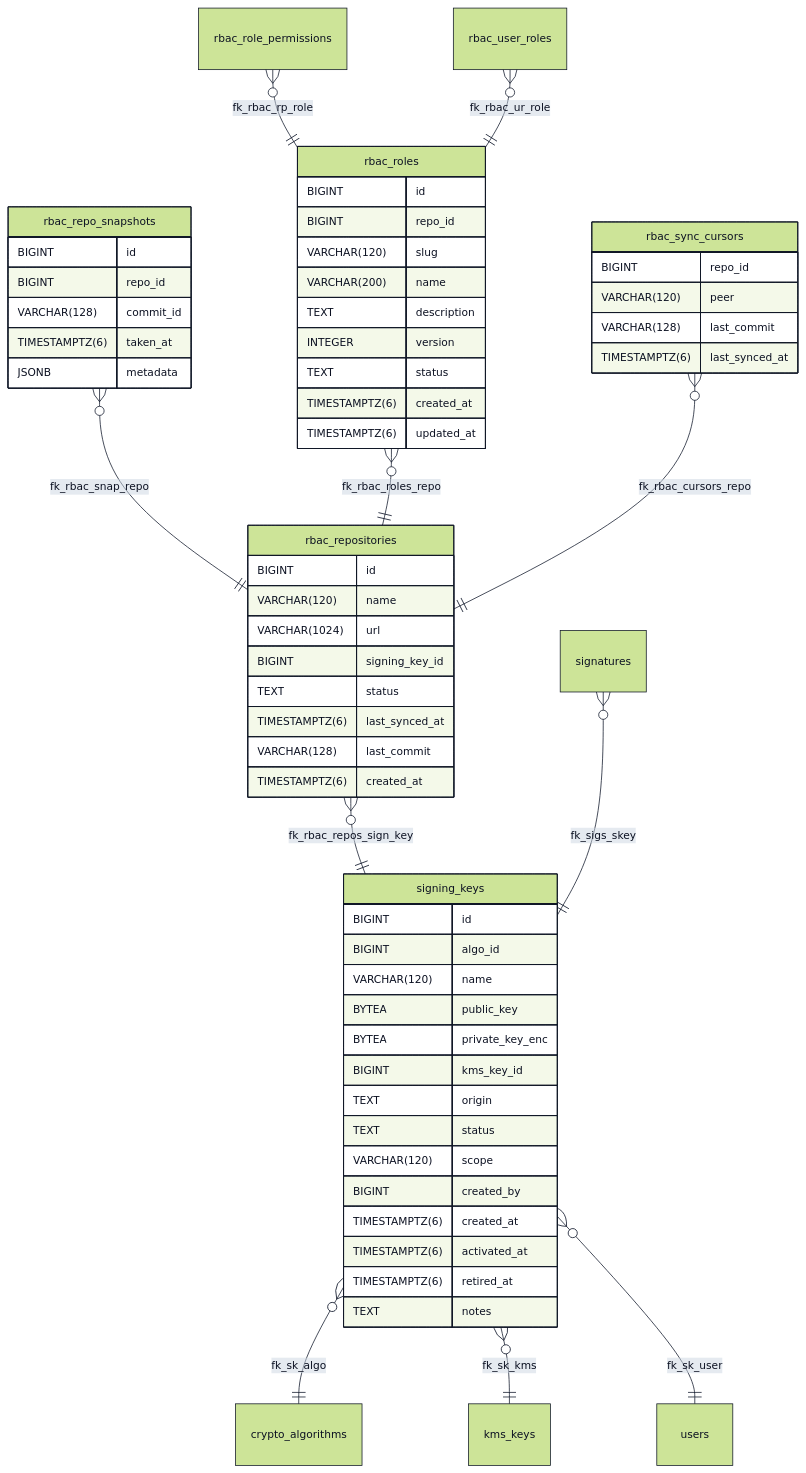
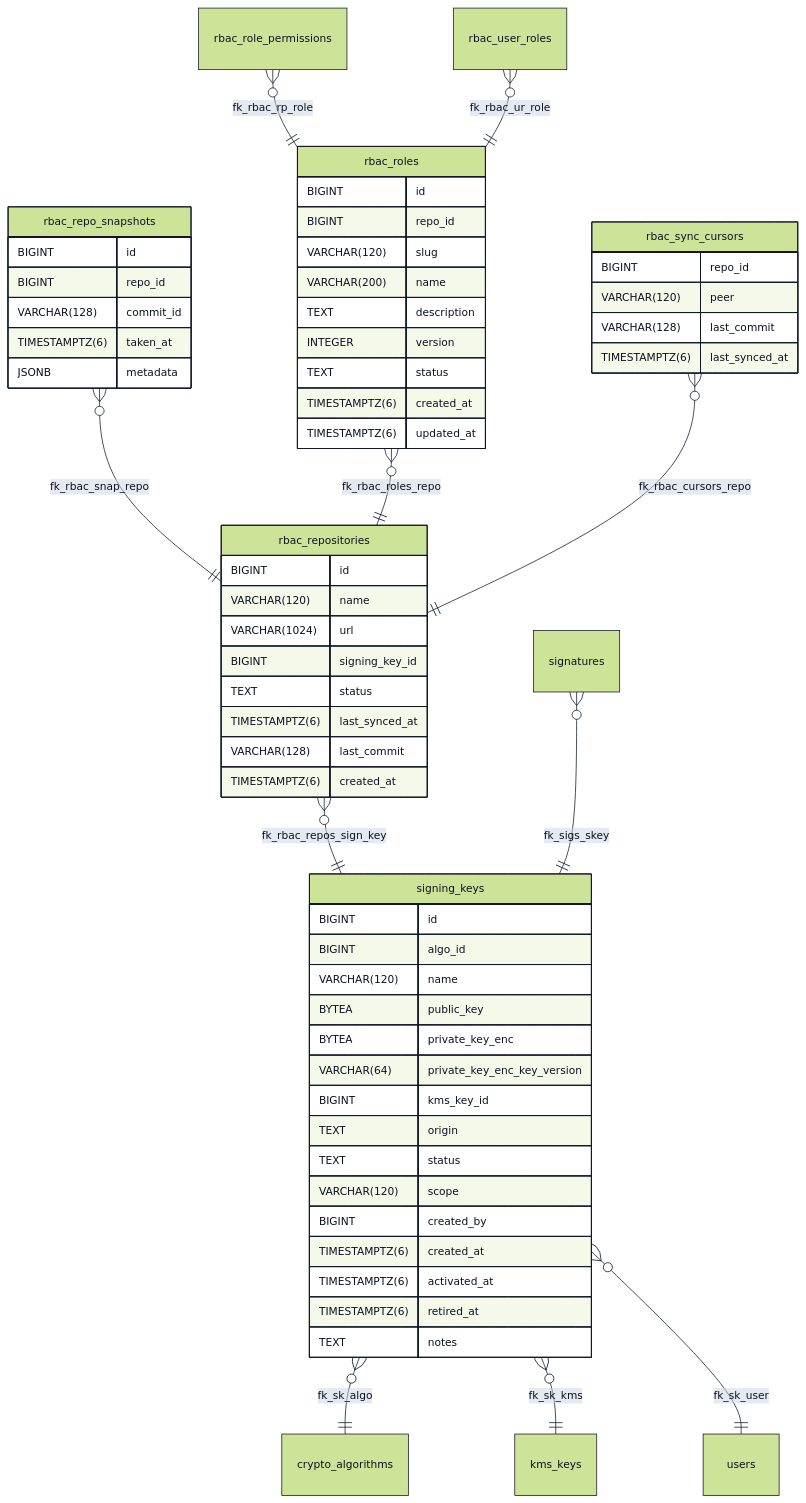
One commit to blackcatacademy/blackcat-database changed the diagram in docs/erd-details/ERD-rbac_repositories.md. Above: the diagram before and after it, drawn with Mermaid. The commit also changed 71 other files, not shown here.

````diff
--- a/docs/erd-details/ERD-rbac_repositories.md
+++ b/docs/erd-details/ERD-rbac_repositories.md
@@ -1,66 +1,67 @@
 ```mermaid
 %%{init: {"theme":"forest","themeVariables":{"primaryColor":"#e5e7eb","primaryBorderColor":"#111827","primaryTextColor":"#0b1021","edgeLabelBackground":"#f8fafc","tertiaryColor":"#cbd5e1","tertiaryTextColor":"#0f172a","lineColor":"#0f172a","nodeBorder":"#111827","textColor":"#0b1021","fontSize":"14px"}} }%%
 %% Detail ERD for rbac_repositories (engine: postgres, neighbors: 4)
 erDiagram
   direction TB
   rbac_repositories {
     BIGINT id
     VARCHAR(120) name
     VARCHAR(1024) url
     BIGINT signing_key_id
     TEXT status
     TIMESTAMPTZ(6) last_synced_at
     VARCHAR(128) last_commit
     TIMESTAMPTZ(6) created_at
   }
   rbac_repo_snapshots {
     BIGINT id
     BIGINT repo_id
     VARCHAR(128) commit_id
     TIMESTAMPTZ(6) taken_at
     JSONB metadata
   }
   rbac_roles {
     BIGINT id
     BIGINT repo_id
     VARCHAR(120) slug
     VARCHAR(200) name
     TEXT description
     INTEGER version
     TEXT status
     TIMESTAMPTZ(6) created_at
     TIMESTAMPTZ(6) updated_at
   }
   rbac_sync_cursors {
     BIGINT repo_id
     VARCHAR(120) peer
     VARCHAR(128) last_commit
     TIMESTAMPTZ(6) last_synced_at
   }
   signing_keys {
     BIGINT id
     BIGINT algo_id
     VARCHAR(120) name
     BYTEA public_key
     BYTEA private_key_enc
+    VARCHAR(64) private_key_enc_key_version
     BIGINT kms_key_id
     TEXT origin
     TEXT status
     VARCHAR(120) scope
     BIGINT created_by
     TIMESTAMPTZ(6) created_at
     TIMESTAMPTZ(6) activated_at
     TIMESTAMPTZ(6) retired_at
     TEXT notes
   }
 rbac_repo_snapshots }o--|| rbac_repositories : fk_rbac_snap_repo
 rbac_repositories }o--|| signing_keys : fk_rbac_repos_sign_key
 rbac_role_permissions }o--|| rbac_roles : fk_rbac_rp_role
 rbac_roles }o--|| rbac_repositories : fk_rbac_roles_repo
 rbac_sync_cursors }o--|| rbac_repositories : fk_rbac_cursors_repo
 rbac_user_roles }o--|| rbac_roles : fk_rbac_ur_role
 signatures }o--|| signing_keys : fk_sigs_skey
 signing_keys }o--|| crypto_algorithms : fk_sk_algo
 signing_keys }o--|| kms_keys : fk_sk_kms
 signing_keys }o--|| users : fk_sk_user
 ```
````
